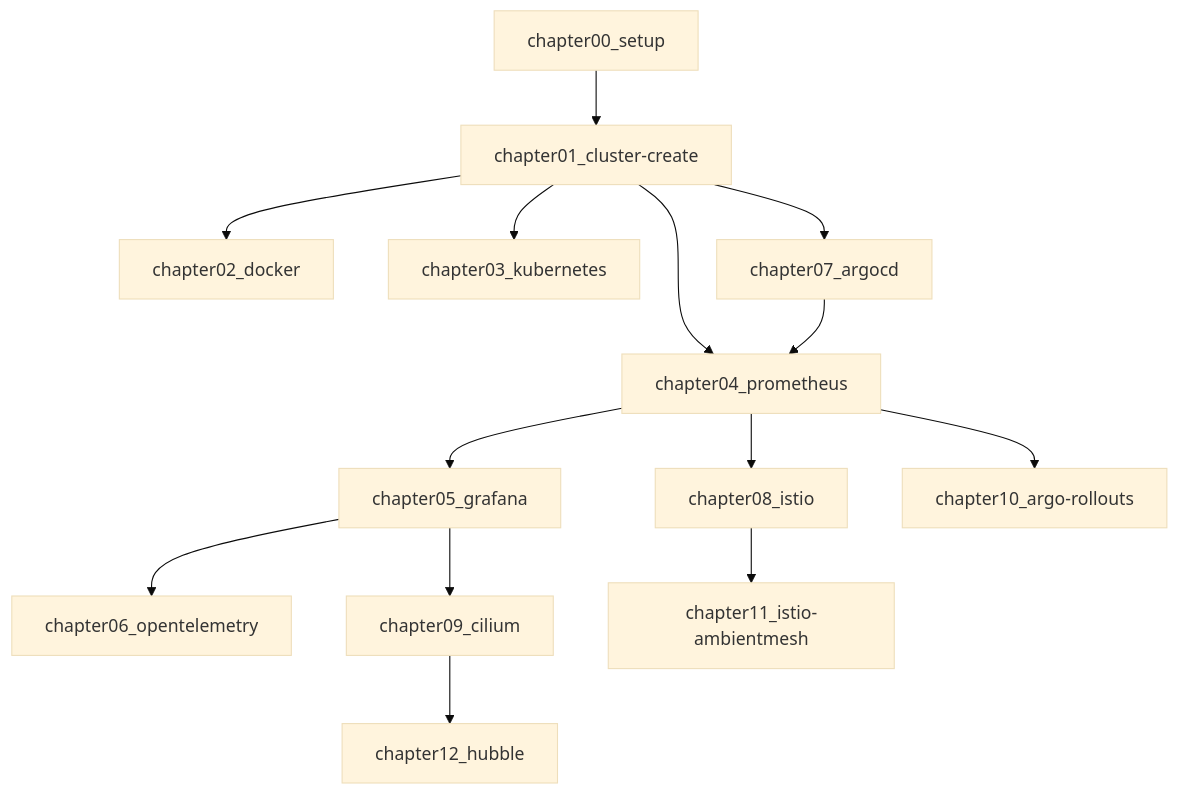
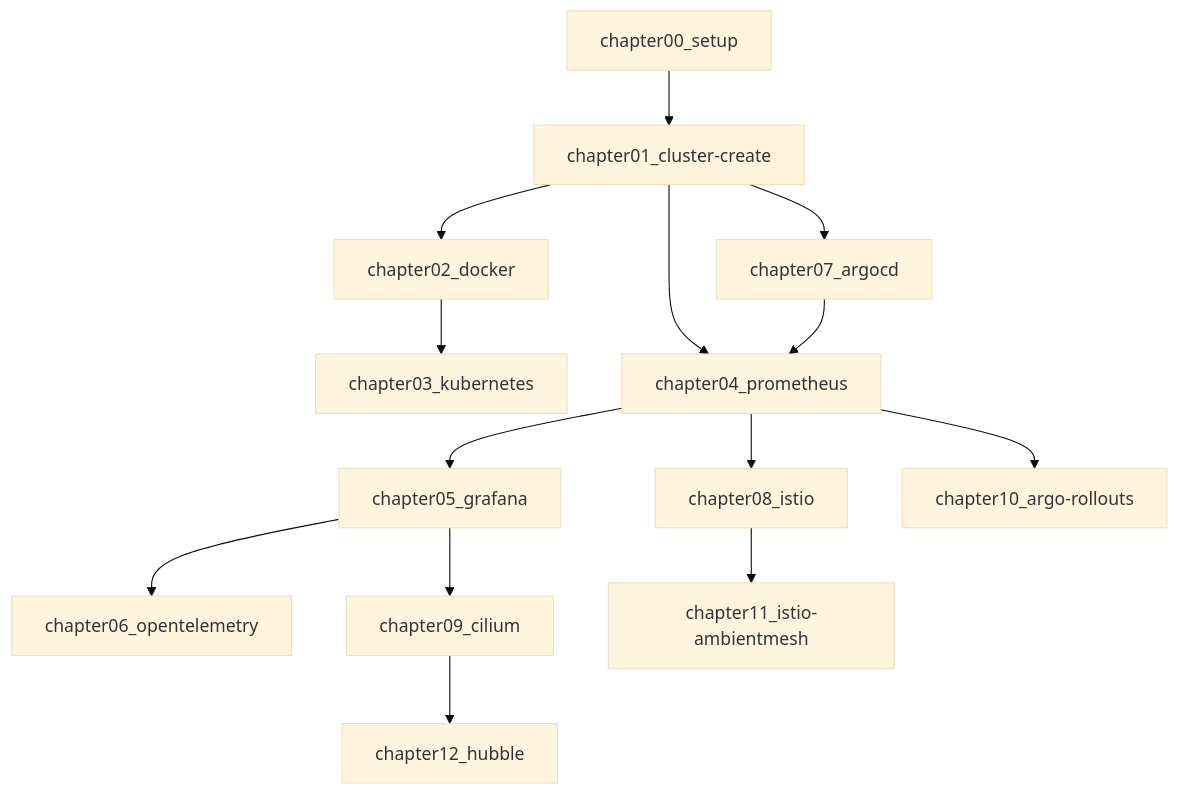
The diagram in README.md (cloudnativedaysjp/cnd-handson), drawn with Mermaid (base theme) before and after one commit.

Commit message:
Update README.md
フローチャート変更

````diff
--- a/README.md
+++ b/README.md
@@ -28,34 +28,34 @@
 ```mermaid
 flowchart TD
     setup[chapter00_setup]
     cluster[chapter01_cluster-create]
     docker[chapter02_docker]
     k8s[chapter03_kubernetes]
     prom[chapter04_prometheus]
     grafana[chapter05_grafana]
     otel[chapter06_opentelemetry]
     argocd[chapter07_argocd]
     istio[chapter08_istio]
     cilium[chapter09_cilium]
     argorollouts[chapter10_argo-rollouts]
     istioambient[chapter11_istio-ambientmesh]
     hubble[chapter12_hubble]
 
     setup-->cluster
     cluster-->docker
-    cluster-->k8s
+    docker-->k8s
     cluster-->prom
     cluster-->argocd
 
     prom-->grafana
     prom-->argorollouts
     prom-->istio
     argocd-->prom
 
     grafana-->otel
     grafana-->cilium
 
     cilium-->hubble
 
     istio-->istioambient
 ```
````
